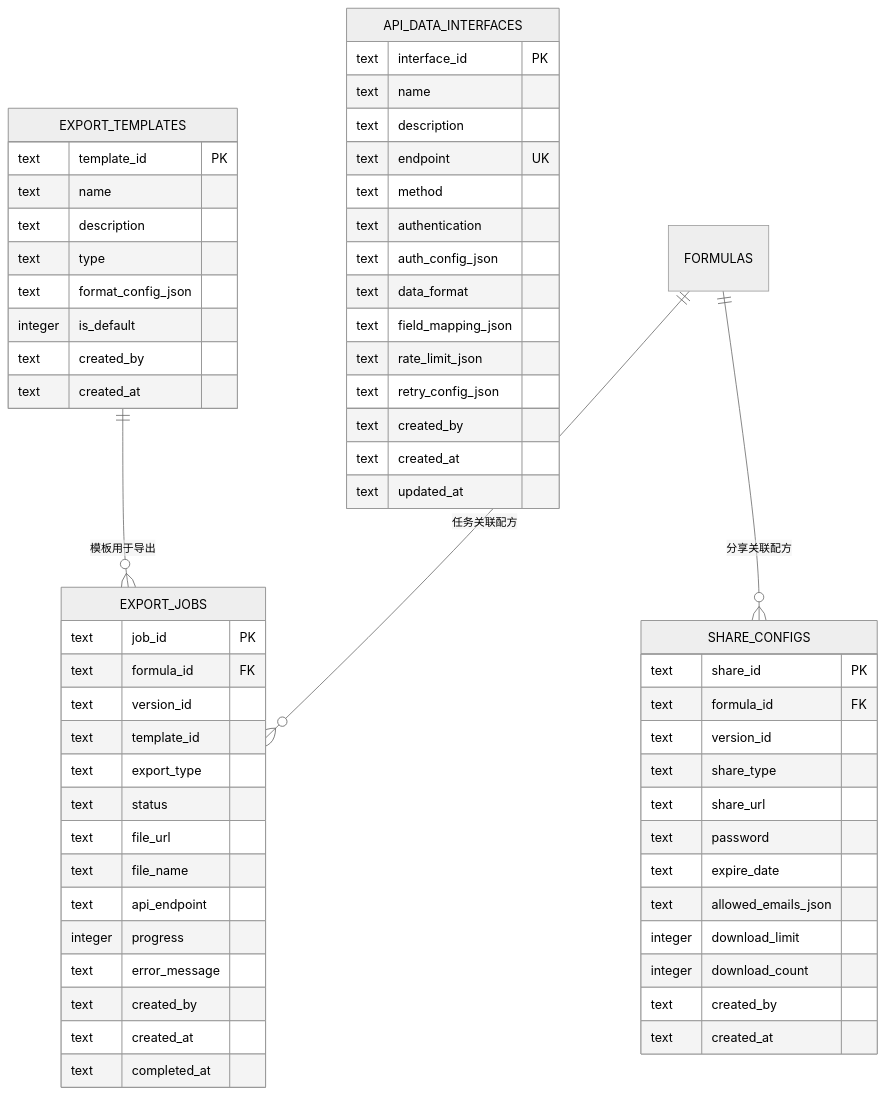
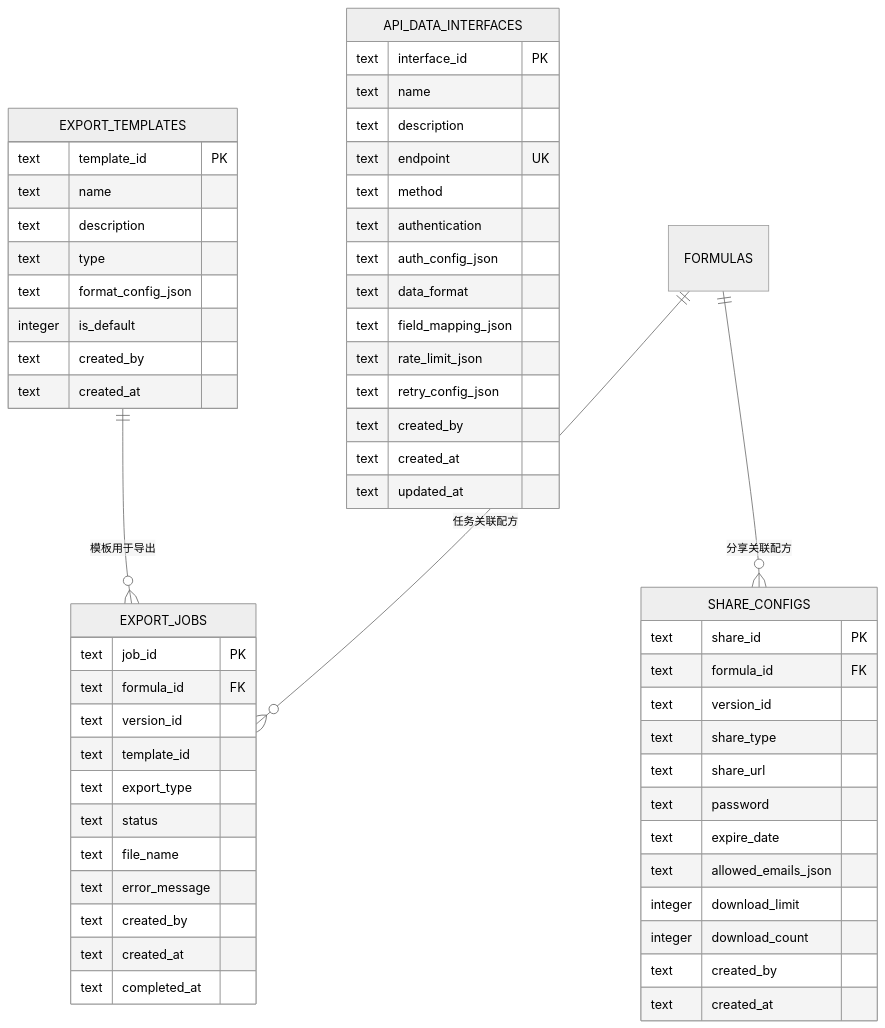
One commit to xpretycn/TingStudio changed the ninth of 10 diagrams in .qoder/repowiki/zh/content/后端开发指南/控制器层实现/导出控制器.md. Above: the diagram before and after it, drawn with Mermaid (neutral theme). The commit also changed other lines of this file and 56 other files, not shown here.

````diff
--- a/.qoder/repowiki/zh/content/后端开发指南/控制器层实现/导出控制器.md
+++ b/.qoder/repowiki/zh/content/后端开发指南/控制器层实现/导出控制器.md
@@ -357,62 +453,59 @@
 ```mermaid
 erDiagram
 EXPORT_TEMPLATES {
 text template_id PK
 text name
 text description
 text type
 text format_config_json
 integer is_default
 text created_by
 text created_at
 }
 EXPORT_JOBS {
 text job_id PK
 text formula_id FK
 text version_id
 text template_id
 text export_type
 text status
-text file_url
 text file_name
-text api_endpoint
-integer progress
 text error_message
 text created_by
 text created_at
 text completed_at
 }
 SHARE_CONFIGS {
 text share_id PK
 text formula_id FK
 text version_id
 text share_type
 text share_url
 text password
 text expire_date
 text allowed_emails_json
 integer download_limit
 integer download_count
 text created_by
 text created_at
 }
 API_DATA_INTERFACES {
 text interface_id PK
 text name
 text description
 text endpoint UK
 text method
 text authentication
 text auth_config_json
 text data_format
 text field_mapping_json
 text rate_limit_json
 text retry_config_json
 text created_by
 text created_at
 text updated_at
 }
 EXPORT_TEMPLATES ||--o{ EXPORT_JOBS : "模板用于导出"
 FORMULAS ||--o{ EXPORT_JOBS : "任务关联配方"
 FORMULAS ||--o{ SHARE_CONFIGS : "分享关联配方"
 ```
````
